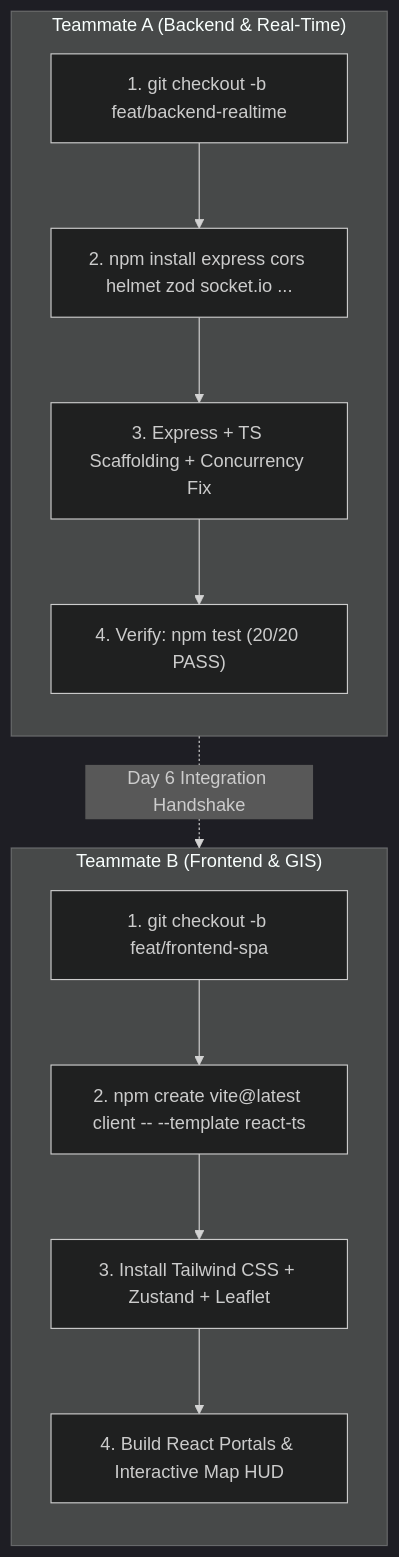
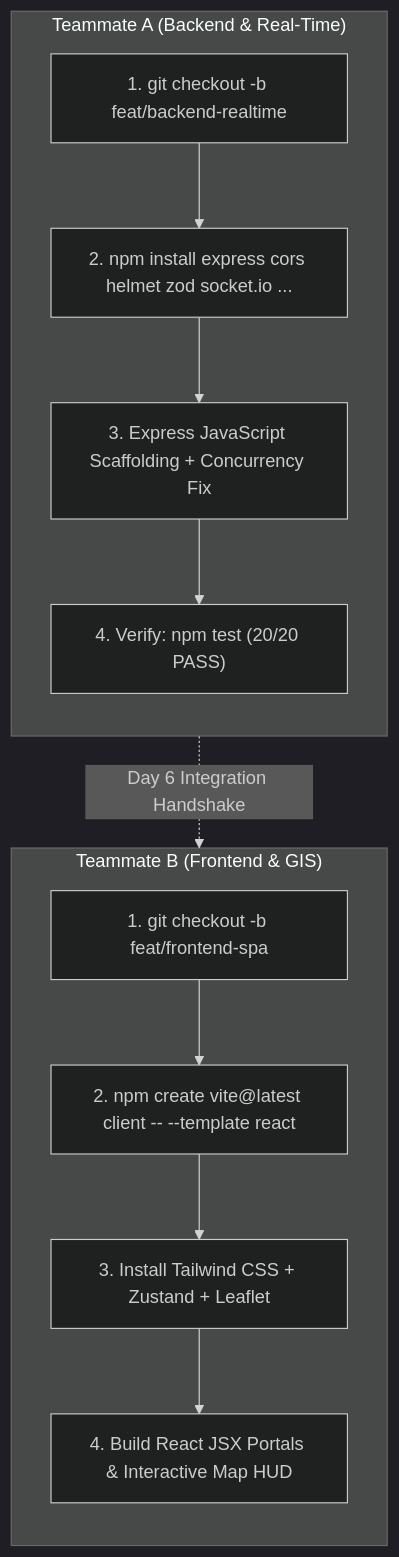
One commit to aravind5423/CabGo changed the diagram in TEAMMATE_KICKOFF.md. Above: the diagram before and after it, drawn with Mermaid (dark theme). The commit also changed other lines of this file and 3 other files, not shown here.

Commit message:
docs: standardize modernization plan on pure modern JavaScript (no TypeScript)

````diff
--- a/TEAMMATE_KICKOFF.md
+++ b/TEAMMATE_KICKOFF.md
@@ -14,22 +16,22 @@
 ```mermaid
 flowchart TD
     subgraph TeammateA ["Teammate A (Backend & Real-Time)"]
         direction TB
         A_Branch["1. git checkout -b feat/backend-realtime"]
         A_Install["2. npm install express cors helmet zod socket.io ..."]
-        A_Code["3. Express + TS Scaffolding + Concurrency Fix"]
+        A_Code["3. Express JavaScript Scaffolding + Concurrency Fix"]
         A_Test["4. Verify: npm test (20/20 PASS)"]
         A_Branch --> A_Install --> A_Code --> A_Test
     end
 
     subgraph TeammateB ["Teammate B (Frontend & GIS)"]
         direction TB
         B_Branch["1. git checkout -b feat/frontend-spa"]
-        B_Scaffold["2. npm create vite@latest client -- --template react-ts"]
+        B_Scaffold["2. npm create vite@latest client -- --template react"]
         B_Tailwind["3. Install Tailwind CSS + Zustand + Leaflet"]
-        B_UI["4. Build React Portals & Interactive Map HUD"]
+        B_UI["4. Build React JSX Portals & Interactive Map HUD"]
         B_Branch --> B_Scaffold --> B_Tailwind --> B_UI
     end
 
     A_Test -.->|Day 6 Integration Handshake| B_UI
 ```
````
